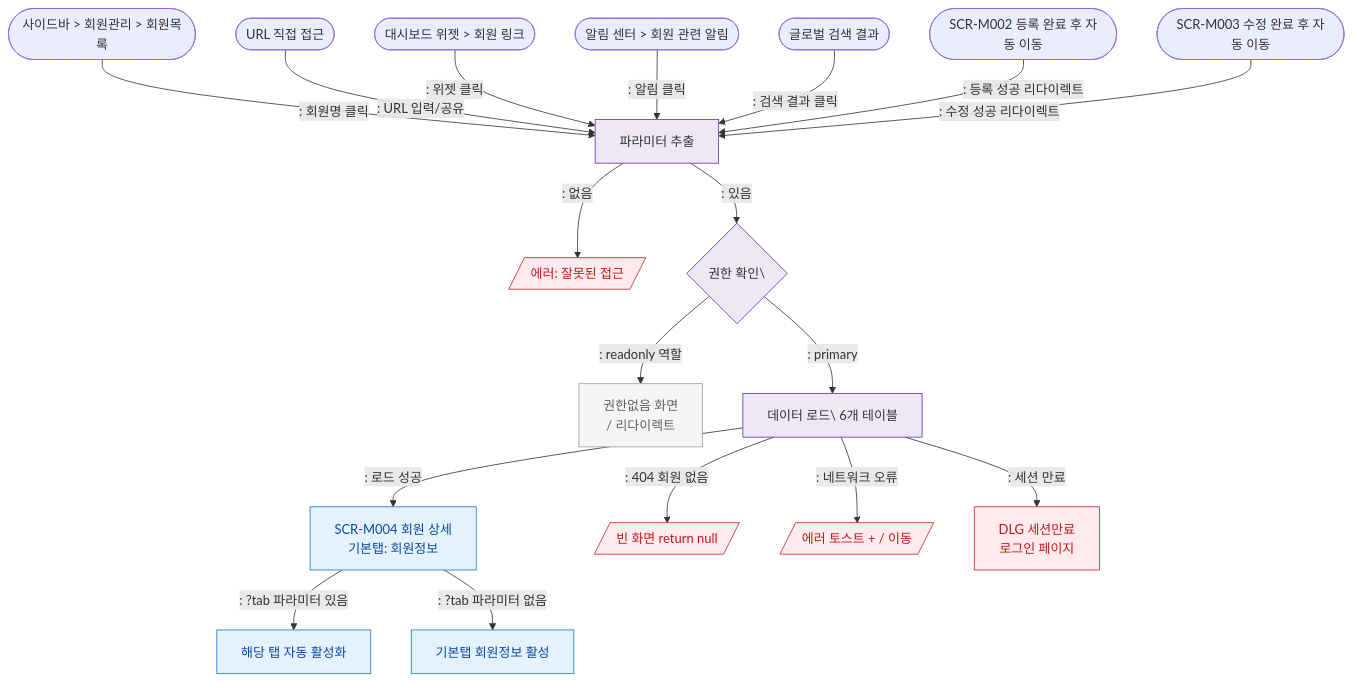
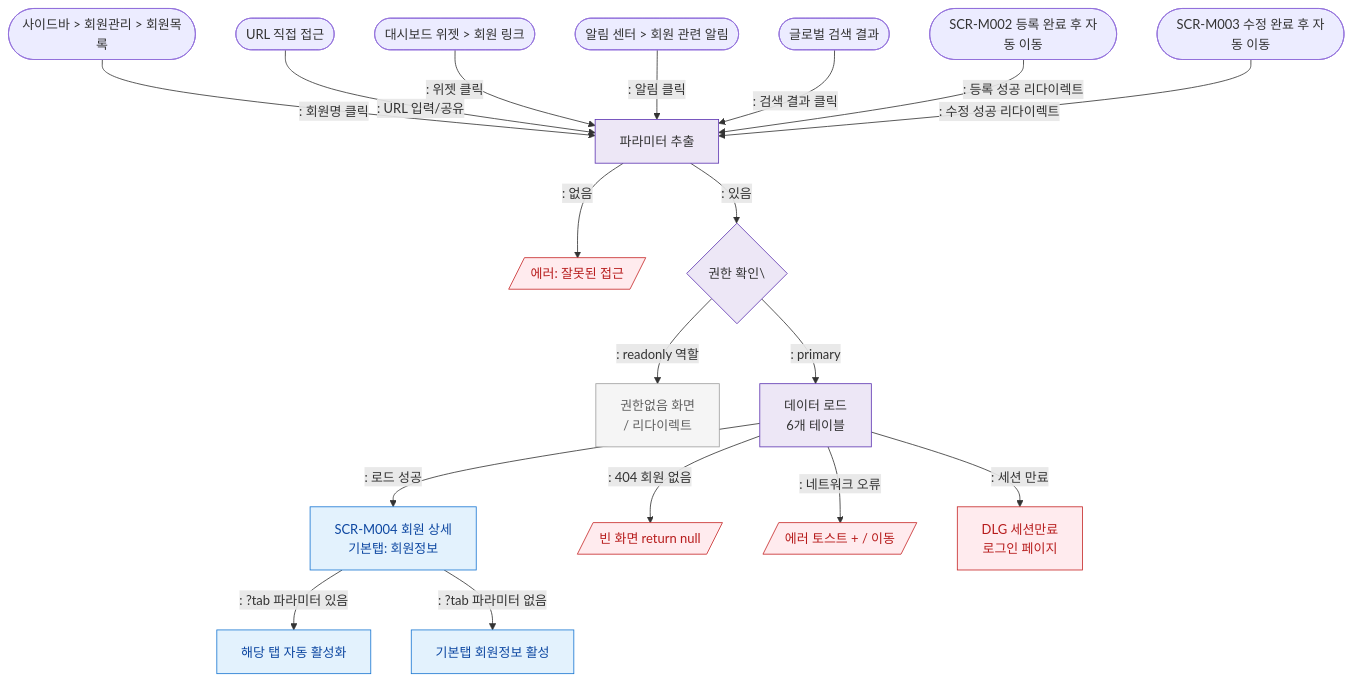
One commit to dev-spogym/admin-pando changed the diagram in docs/admin/다이어그램/D02_회원관리/SCR-M004_회원상세/F1_진입.md. Above: the diagram before and after it, drawn with Mermaid. The commit also changed 369 other files, not shown here.

````diff
--- a/docs/admin/다이어그램/D02_회원관리/SCR-M004_회원상세/F1_진입.md
+++ b/docs/admin/다이어그램/D02_회원관리/SCR-M004_회원상세/F1_진입.md
@@ -21,33 +21,33 @@
 ```mermaid
 flowchart TD
   SRC1([사이드바 > 회원관리 > 회원목록]) -->|": 회원명 클릭"|ROUTE
   SRC2([URL 직접 접근\n]) -->|": URL 입력/공유"|ROUTE
   SRC3([대시보드 위젯 > 회원 링크]) -->|": 위젯 클릭"|ROUTE
   SRC4([알림 센터 > 회원 관련 알림]) -->|": 알림 클릭"|ROUTE
   SRC5([글로벌 검색 결과]) -->|": 검색 결과 클릭"|ROUTE
   SRC6([SCR-M002 등록 완료 후 자동 이동]) -->|": 등록 성공 리다이렉트"|ROUTE
   SRC7([SCR-M003 수정 완료 후 자동 이동]) -->|": 수정 성공 리다이렉트"|ROUTE
 
   ROUTE[파라미터 추출] -->|": 없음"|ERR_NOID[/에러: 잘못된 접근/]
   ROUTE -->|": 있음"|AUTH{권한 확인\}
 
   AUTH -->|": readonly 역할"|BLOCKED[권한없음 화면\n/ 리다이렉트]
-  AUTH -->|": primary"|LOAD[데이터 로드\ 6개 테이블]
+  AUTH -->|": primary"|LOAD[데이터 로드<br/> 6개 테이블]
 
   LOAD -->|": 로드 성공"|M004[SCR-M004 회원 상세\n기본탭: 회원정보]
   LOAD -->|": 404 회원 없음"|ERR_NOTFOUND[/빈 화면 return null/]
   LOAD -->|": 네트워크 오류"|ERR_NET[/에러 토스트 + / 이동/]
   LOAD -->|": 세션 만료"|SESSION[DLG 세션만료\n로그인 페이지]
 
   M004 -->|": ?tab 파라미터 있음"|TAB[해당 탭 자동 활성화]
   M004 -->|": ?tab 파라미터 없음"|TAB_DEFAULT[기본탭 회원정보 활성]
 
   classDef screen fill:#E3F2FD,stroke:#1976D2,color:#0D47A1
   classDef error fill:#FFEBEE,stroke:#C62828,color:#B71C1C
   classDef system fill:#EDE7F6,stroke:#5E35B2
   classDef rbacBlocked fill:#F5F5F5,stroke:#9E9E9E,color:#616161
   class M004,TAB,TAB_DEFAULT screen
   class ERR_NOID,ERR_NOTFOUND,ERR_NET,SESSION error
   class ROUTE,AUTH,LOAD system
   class BLOCKED rbacBlocked
 ```
````
